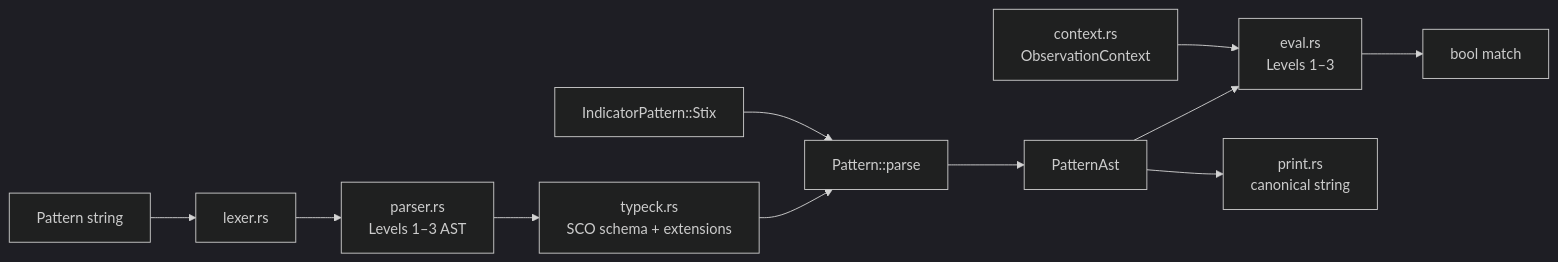
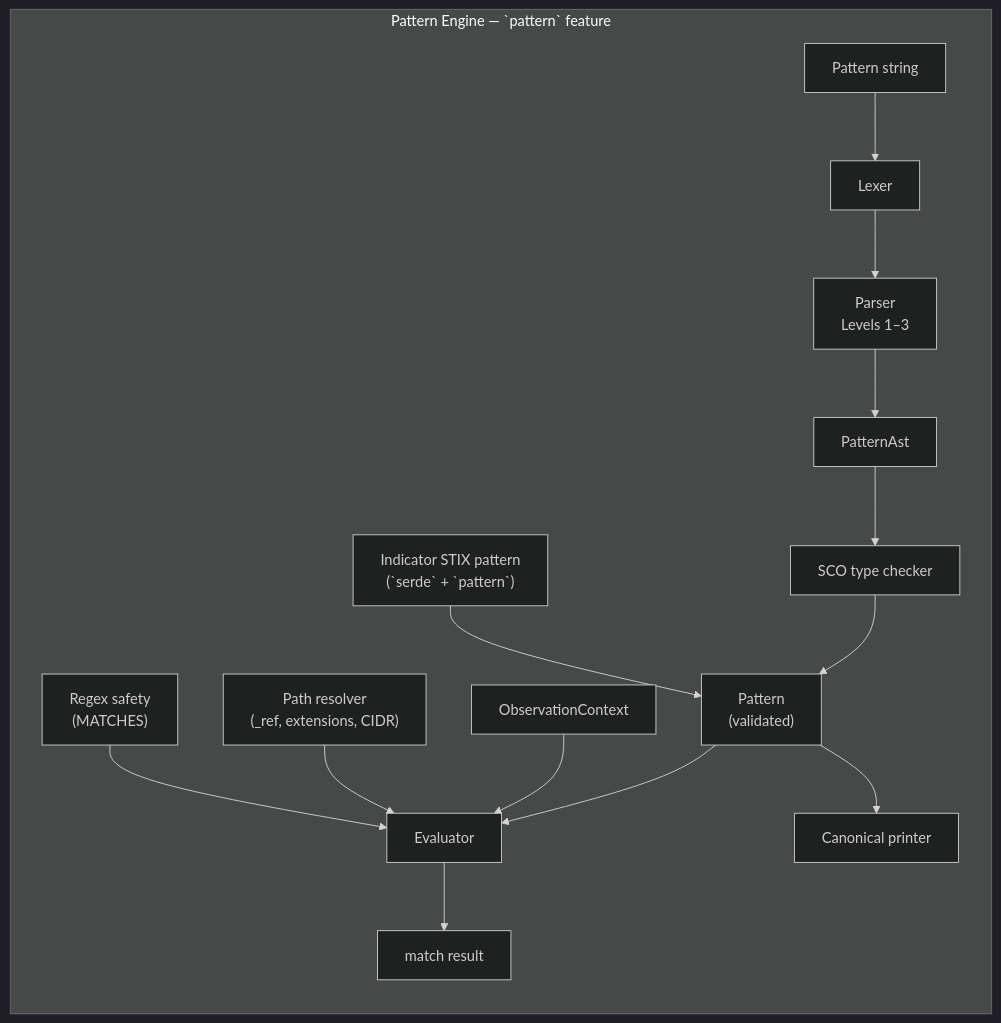
Before and after one commit to SecurityEnthusiast/rsigma: the second of 3 diagrams in crates/rstix/README.md, drawn with Mermaid (dark theme). The commit also changed other lines of this file and 5 other files, not shown here.

````diff
--- a/crates/rstix/README.md
+++ b/crates/rstix/README.md
@@ -190,13 +210,17 @@
 ```mermaid
 flowchart LR
-    SRC["Pattern string"] --> LEX["lexer.rs"]
-    LEX --> PAR["parser.rs<br/>Levels 1–3 AST"]
-    PAR --> TCK["typeck.rs<br/>SCO schema + extensions"]
-    TCK --> PAT["Pattern::parse"]
-    PAT --> AST["PatternAst"]
-    AST --> EVAL["eval.rs<br/>Levels 1–3"]
-    CTX["context.rs<br/>ObservationContext"] --> EVAL
-    EVAL --> OUT["bool match"]
-    AST --> PRINT["print.rs<br/>canonical string"]
-    IND["IndicatorPattern::Stix"] --> PAT
+    subgraph PE ["Pattern Engine — `pattern` feature"]
+        SRC["Pattern string"] --> LEX["Lexer"]
+        LEX --> PAR["Parser<br/>Levels 1–3"]
+        PAR --> AST["PatternAst"]
+        AST --> TCK["SCO type checker"]
+        TCK --> PAT["Pattern<br/>(validated)"]
+        IND["Indicator STIX pattern<br/>(`serde` + `pattern`)"] --> PAT
+        PAT --> EVAL["Evaluator"]
+        CTX["ObservationContext"] --> EVAL
+        PATH["Path resolver<br/>(_ref, extensions, CIDR)"] --> EVAL
+        SEC["Regex safety<br/>(MATCHES)"] --> EVAL
+        EVAL --> OUT["match result"]
+        PAT --> CANON["Canonical printer"]
+    end
 ```
````
